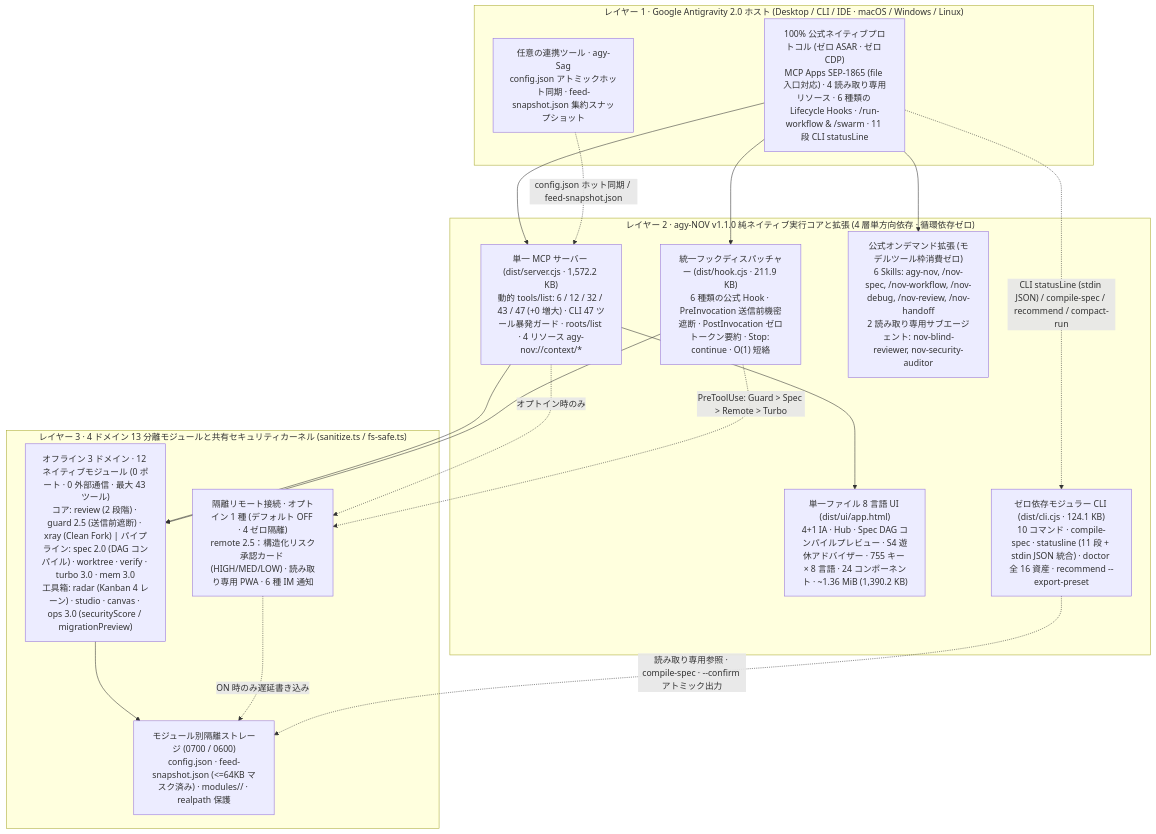
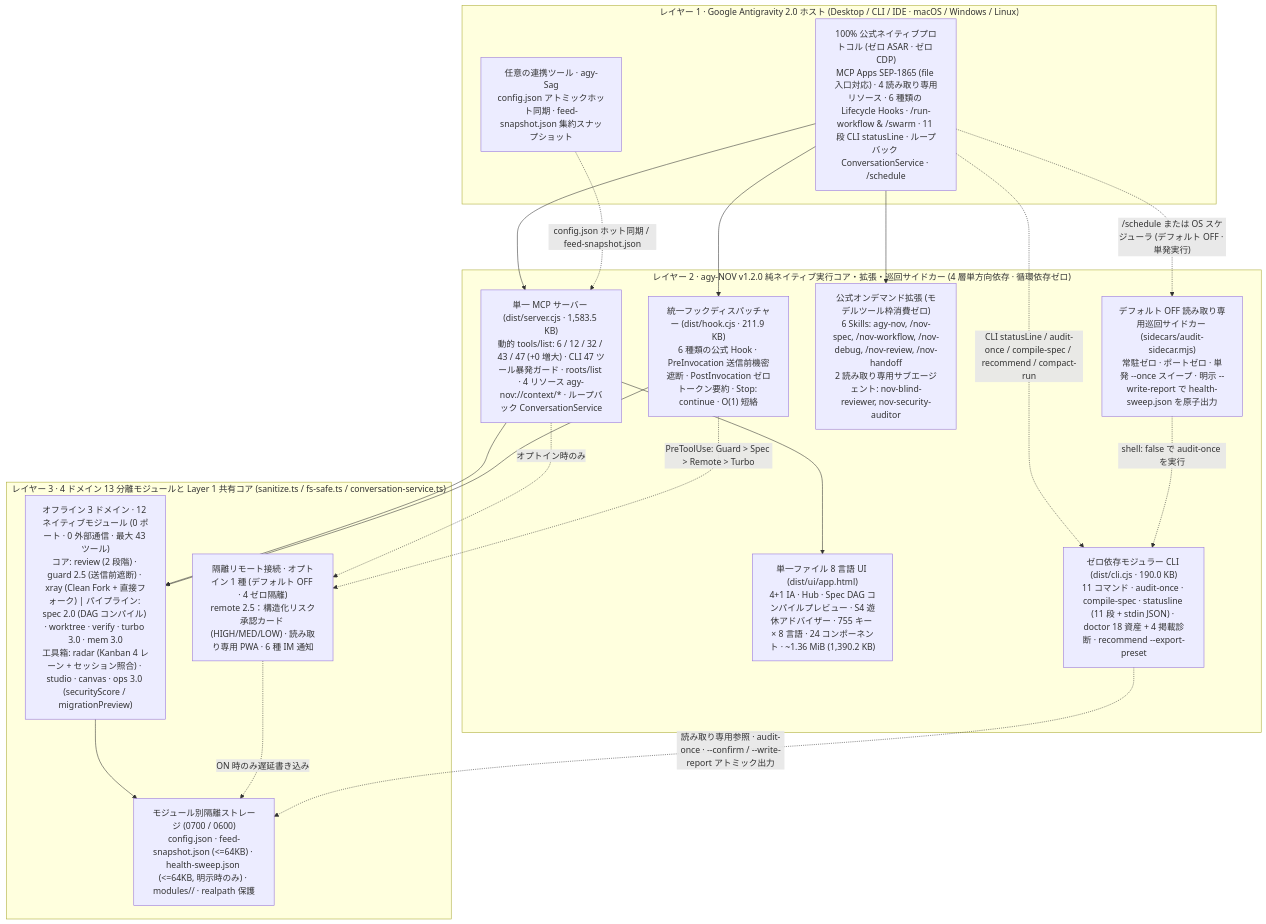
Before and after one commit to tone-leh/agy-NOV: the diagram in docs/i18n/README.ja.md, drawn with Mermaid. The commit also changed other lines of this file and 38 other files, not shown here.

Commit message:
feat(v1.2.0): opt-in read-only audit sidecar, loopback ConversationService bridge & Marketplace readiness

````diff
--- a/docs/i18n/README.ja.md
+++ b/docs/i18n/README.ja.md
@@ -242,35 +260,38 @@
 ```mermaid
 flowchart TB
   subgraph L1["レイヤー 1 · Google Antigravity 2.0 ホスト (Desktop / CLI / IDE · macOS / Windows / Linux)"]
-    Host["100% 公式ネイティブプロトコル (ゼロ ASAR · ゼロ CDP)\nMCP Apps SEP-1865 (file 入口対応) · 4 読み取り専用リソース · 6 種類の Lifecycle Hooks · /run-workflow & /swarm · 11 段 CLI statusLine"]
+    Host["100% 公式ネイティブプロトコル (ゼロ ASAR · ゼロ CDP)\nMCP Apps SEP-1865 (file 入口対応) · 4 読み取り専用リソース · 6 種類の Lifecycle Hooks · /run-workflow & /swarm · 11 段 CLI statusLine · ループバック ConversationService · /schedule"]
     Sag["任意の連携ツール · agy-Sag\nconfig.json アトミックホット同期 · feed-snapshot.json 集約スナップショット"]
   end
 
-  subgraph L2["レイヤー 2 · agy-NOV v1.1.0 純ネイティブ実行コアと拡張 (4 層単方向依存 · 循環依存ゼロ)"]
-    MCP["単一 MCP サーバー (dist/server.cjs · 1,572.2 KB)\n動的 tools/list: 6 / 12 / 32 / 43 / 47 (+0 増大) · CLI 47 ツール暴発ガード · roots/list · 4 リソース agy-nov://context/*"]
+  subgraph L2["レイヤー 2 · agy-NOV v1.2.0 純ネイティブ実行コア・拡張・巡回サイドカー (4 層単方向依存 · 循環依存ゼロ)"]
+    MCP["単一 MCP サーバー (dist/server.cjs · 1,583.5 KB)\n動的 tools/list: 6 / 12 / 32 / 43 / 47 (+0 増大) · CLI 47 ツール暴発ガード · roots/list · 4 リソース agy-nov://context/* · ループバック ConversationService"]
     Hook["統一フックディスパッチャー (dist/hook.cjs · 211.9 KB)\n6 種類の公式 Hook · PreInvocation 送信前機密遮断 · PostInvocation ゼロトークン要約 · Stop: continue · O(1) 短絡"]
     UI["単一ファイル 8 言語 UI (dist/ui/app.html)\n4+1 IA · Hub · Spec DAG コンパイルプレビュー · S4 遊休アドバイザー · 755 キー × 8 言語 · 24 コンポーネント · ~1.36 MiB (1,390.2 KB)"]
     Ext["公式オンデマンド拡張 (モデルツール枠消費ゼロ)\n6 Skills: agy-nov, /nov-spec, /nov-workflow, /nov-debug, /nov-review, /nov-handoff\n2 読み取り専用サブエージェント: nov-blind-reviewer, nov-security-auditor"]
-    CLI["ゼロ依存モジュラー CLI (dist/cli.cjs · 124.1 KB)\n10 コマンド · compile-spec · statusline (11 段 + stdin JSON 統合) · doctor 全 16 資産 · recommend --export-preset"]
+    CLI["ゼロ依存モジュラー CLI (dist/cli.cjs · 190.0 KB)\n11 コマンド · audit-once · compile-spec · statusline (11 段 + stdin JSON) · doctor 18 資産 + 4 掲載診断 · recommend --export-preset"]
+    Sidecar["デフォルト OFF 読み取り専用巡回サイドカー (sidecars/audit-sidecar.mjs)\n常駐ゼロ · ポートゼロ · 単発 --once スイープ · 明示 --write-report で health-sweep.json を原子出力"]
   end
 
-  subgraph L3["レイヤー 3 · 4 ドメイン 13 分離モジュールと共有セキュリティカーネル (sanitize.ts / fs-safe.ts)"]
-    T1["オフライン 3 ドメイン · 12 ネイティブモジュール (0 ポート · 0 外部通信 · 最大 43 ツール)\nコア: review (2 段階) · guard 2.5 (送信前遮断) · xray (Clean Fork) | パイプライン: spec 2.0 (DAG コンパイル) · worktree · verify · turbo 3.0 · mem 3.0\n工具箱: radar (Kanban 4 レーン) · studio · canvas · ops 3.0 (securityScore / migrationPreview)"]
+  subgraph L3["レイヤー 3 · 4 ドメイン 13 分離モジュールと Layer 1 共有コア (sanitize.ts / fs-safe.ts / conversation-service.ts)"]
+    T1["オフライン 3 ドメイン · 12 ネイティブモジュール (0 ポート · 0 外部通信 · 最大 43 ツール)\nコア: review (2 段階) · guard 2.5 (送信前遮断) · xray (Clean Fork + 直接フォーク) | パイプライン: spec 2.0 (DAG コンパイル) · worktree · verify · turbo 3.0 · mem 3.0\n工具箱: radar (Kanban 4 レーン + セッション照合) · studio · canvas · ops 3.0 (securityScore / migrationPreview)"]
     T2R["隔離リモート接続 · オプトイン 1 種 (デフォルト OFF · 4 ゼロ隔離)\nremote 2.5：構造化リスク承認カード (HIGH/MED/LOW) · 読み取り専用 PWA · 6 種 IM 通知"]
-    Store["モジュール別隔離ストレージ (0700 / 0600)\nconfig.json · feed-snapshot.json (<=64KB マスク済み) · modules/<id>/ · realpath 保護"]
+    Store["モジュール別隔離ストレージ (0700 / 0600)\nconfig.json · feed-snapshot.json (<=64KB) · health-sweep.json (<=64KB, 明示時のみ) · modules/<id>/ · realpath 保護"]
   end
 
   Host --> MCP
   Host --> Hook
   Host --> Ext
-  Host -. "CLI statusLine (stdin JSON) / compile-spec / recommend / compact-run" .-> CLI
+  Host -. "CLI statusLine / audit-once / compile-spec / recommend / compact-run" .-> CLI
+  Host -. "/schedule または OS スケジューラ (デフォルト OFF · 単発実行)" .-> Sidecar
+  Sidecar -. "shell: false で audit-once を実行" .-> CLI
   Sag -. "config.json ホット同期 / feed-snapshot.json" .-> MCP
   MCP --> UI
   MCP --> T1
   MCP -. "オプトイン時のみ" .-> T2R
   Hook --> T1
   Hook -. "PreToolUse: Guard > Spec > Remote > Turbo" .-> T2R
   T1 --> Store
   T2R -. "ON 時のみ遅延書き込み" .-> Store
-  CLI -. "読み取り専用参照 · compile-spec · --confirm アトミック出力" .-> Store
+  CLI -. "読み取り専用参照 · audit-once · --confirm / --write-report アトミック出力" .-> Store
 ```
````
